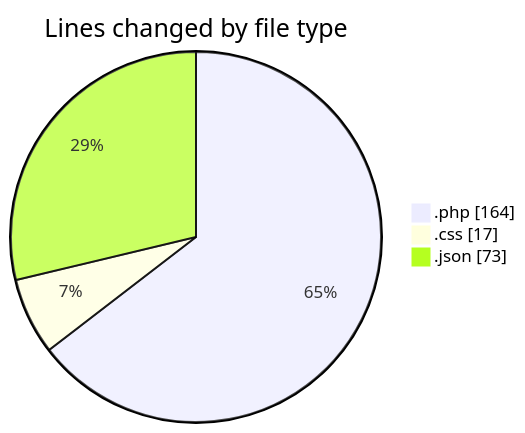
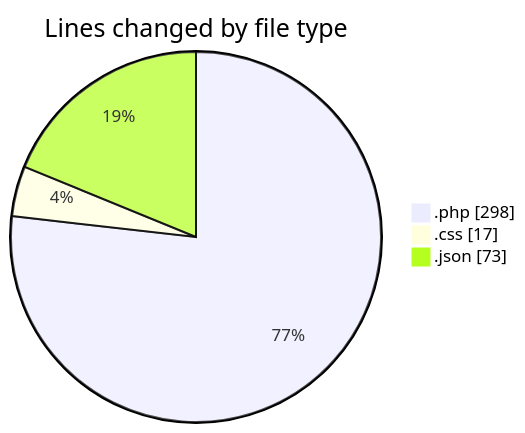
The first of 2 diagrams in 2026-03-20/newspaper-child/README.md (momahboobian/code-tracking), drawn with Mermaid before and after one commit. The commit also changed other lines of this file and 1 other file, not shown here.

````diff
--- a/2026-03-20/newspaper-child/README.md
+++ b/2026-03-20/newspaper-child/README.md
@@ -25,7 +25,7 @@
 ```mermaid
 pie showData
 title Lines changed by file type
-".php" : 164
+".php" : 298
 ".css" : 17
 ".json" : 73
 ```
````
